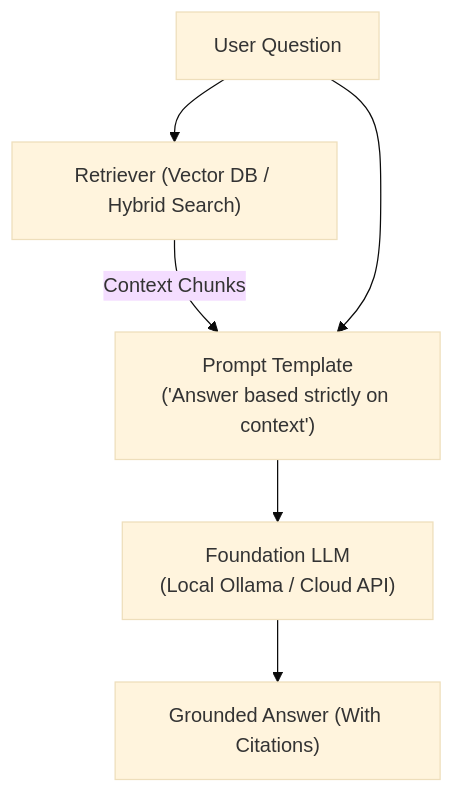
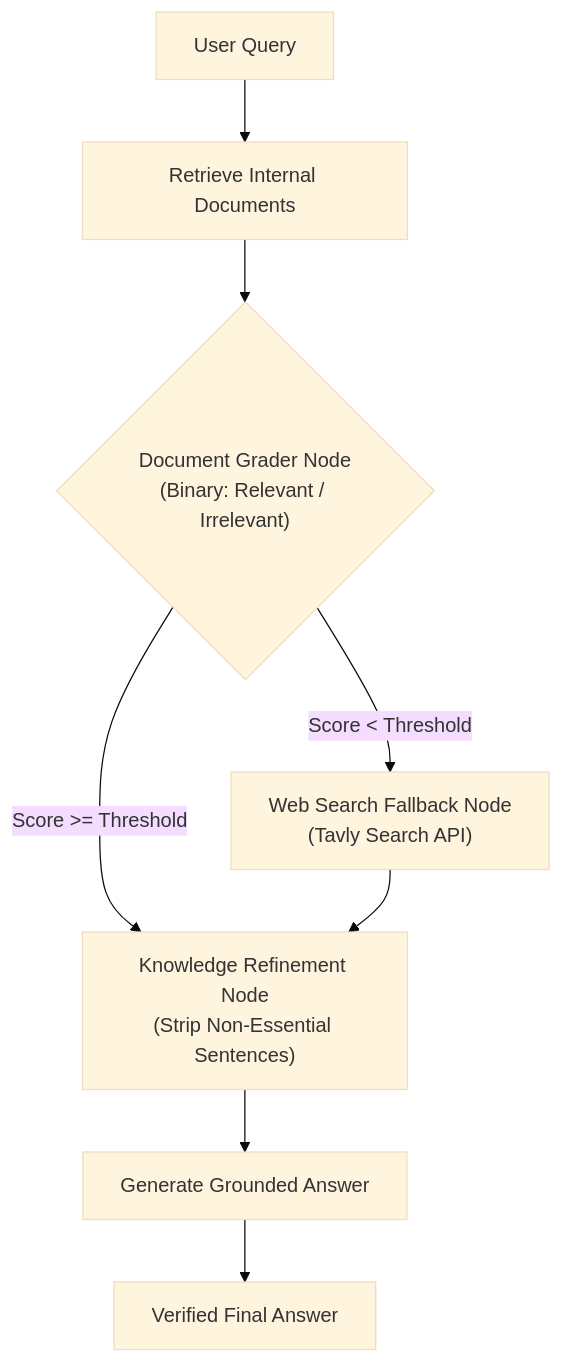
Before and after one commit to DeshDeepakKant/ai-engineering-docs: the diagram in docs/03-advanced-rag-memory/01-rag-playlist-campusx/08-advanced-rag-how-corrective-rag-crag-sol.md, drawn with Mermaid (base theme). The commit also changed other lines of this file and 182 other files, not shown here.

````diff
--- a/docs/03-advanced-rag-memory/01-rag-playlist-campusx/08-advanced-rag-how-corrective-rag-crag-sol.md
+++ b/docs/03-advanced-rag-memory/01-rag-playlist-campusx/08-advanced-rag-how-corrective-rag-crag-sol.md
@@ -35,8 +35,15 @@
 ```mermaid
 flowchart TD
-    Q["User Question"] --> R["Retriever (Vector DB / Hybrid Search)"]
-    R -->|Context Chunks| P["Prompt Template\n('Answer based strictly on context')"]
-    Q --> P
-    P --> LLM["Foundation LLM\n(Local Ollama / Cloud API)"]
-    LLM --> G["Grounded Answer (With Citations)"]
+    Q["User Query"] --> Ret["Retrieve Internal Documents"]
+    Ret --> Grade{"Document Grader Node
+(Binary: Relevant / Irrelevant)"}
+
+    Grade -->|Score >= Threshold| Refine["Knowledge Refinement Node
+(Strip Non-Essential Sentences)"]
+    Grade -->|Score < Threshold| Fallback["Web Search Fallback Node
+(Tavly Search API)"]
+
+    Fallback --> Refine
+    Refine --> Gen["Generate Grounded Answer"]
+    Gen --> Output["Verified Final Answer"]
 ```
````
